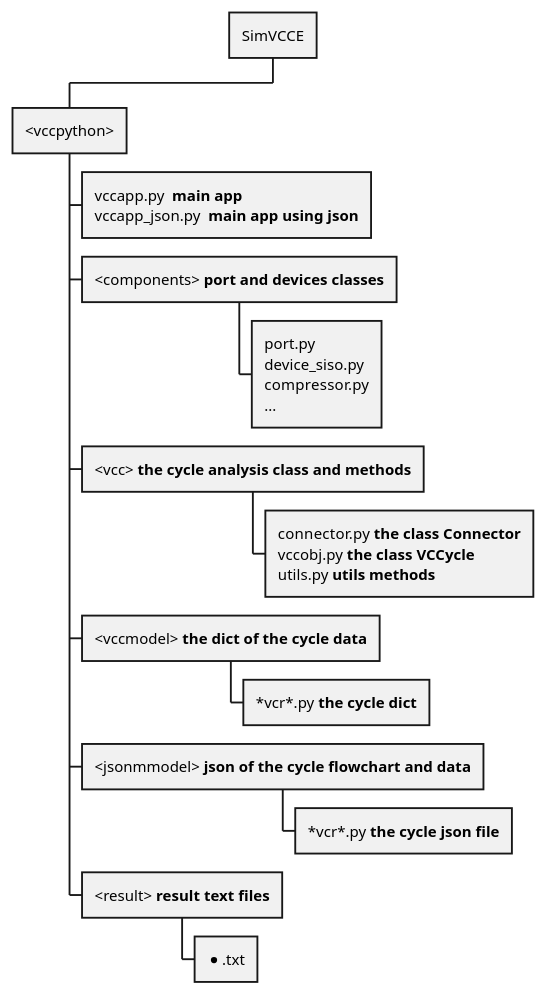
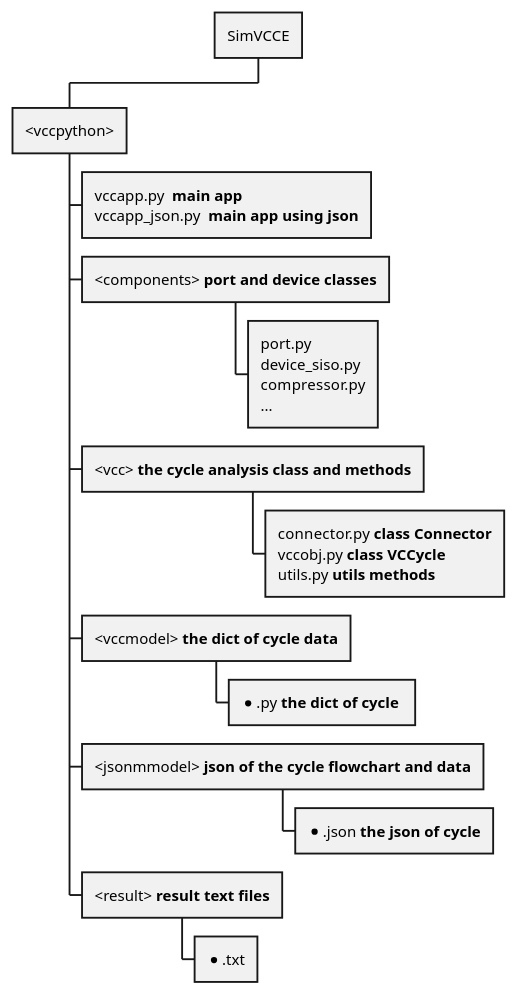
Before and after one commit to thermalogic/SimVCCE: the diagram in doc/uml/puml/dir_tree.puml, drawn with PlantUML. The commit also changed 39 other files, not shown here.

```diff
--- a/doc/uml/puml/dir_tree.puml
+++ b/doc/uml/puml/dir_tree.puml
@@ -1,15 +1,15 @@
 @startwbs
 * SimVCCE
 ** <vccpython>
 *** vccapp.py  **main app**\nvccapp_json.py  **main app using json**
-*** <components> **port and devices classes**
-**** port.py\ndevice_siso.py\ncompressor.py\n...       
+*** <components> **port and device classes**
+**** port.py\ndevice_siso.py\ncompressor.py\n...
 *** <vcc> **the cycle analysis class and methods**
-****  connector.py **the class Connector**\nvccobj.py **the class VCCycle**\nutils.py **utils methods**
-*** <vccmodel> **the dict of the cycle data**
-****  *vcr*.py **the cycle dict**
+****  connector.py **class Connector**\nvccobj.py **class VCCycle**\nutils.py **utils methods**
+*** <vccmodel> **the dict of cycle data**
+****  *.py **the dict of cycle **
 *** <jsonmmodel> **json of the cycle flowchart and data**
-****  *vcr*.py **the cycle json file**
+****  *.json **the json of cycle**
 *** <result> **result text files**
 ****  *.txt
 @endwbs
```
